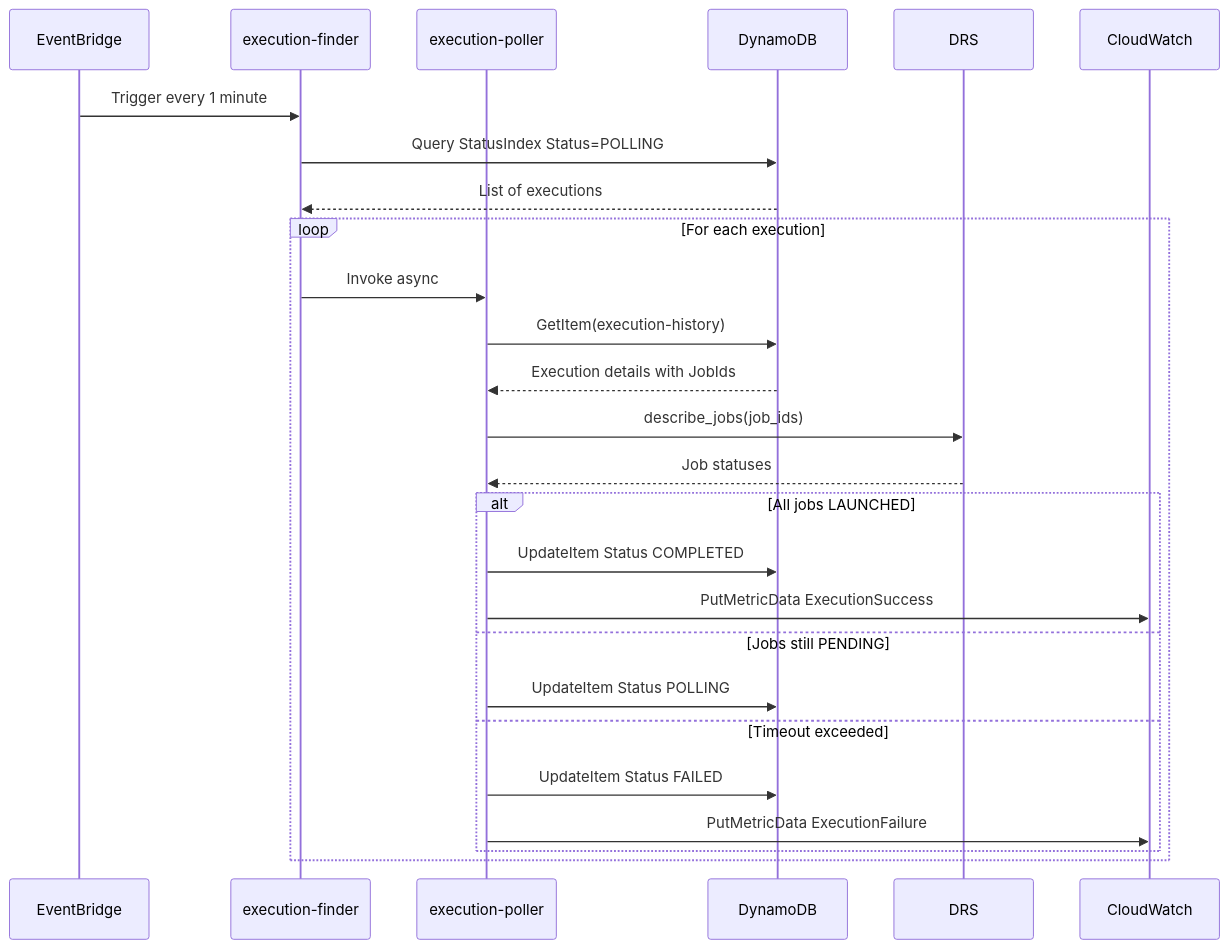
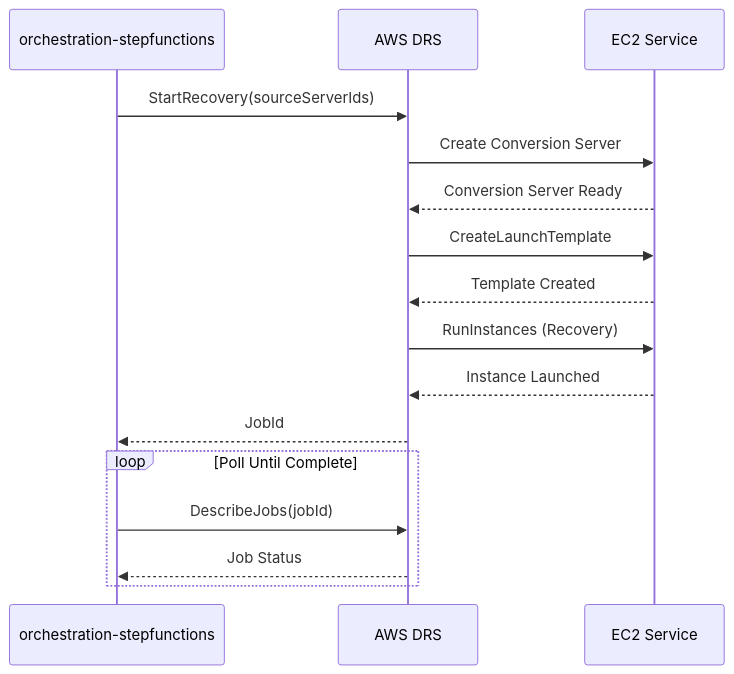
One commit to johnjcousens/aws-elasticdrs-orchestrator changed the sixth of 12 diagrams in docs/architecture/ARCHITECTURE_DIAGRAMS.md. Above: the diagram before and after it, drawn with Mermaid. The commit also changed other lines of this file and 16 other files, not shown here.

````diff
--- a/docs/architecture/ARCHITECTURE_DIAGRAMS.md
+++ b/docs/architecture/ARCHITECTURE_DIAGRAMS.md
@@ -265,34 +273,20 @@
 ```mermaid
 sequenceDiagram
-    participant EventBridge
-    participant Finder as execution-finder
-    participant Poller as execution-poller
-    participant DynamoDB
-    participant DRS
-    participant CloudWatch
-
-    EventBridge->>Finder: Trigger every 1 minute
-
-    Finder->>DynamoDB: Query StatusIndex Status=POLLING
-    DynamoDB-->>Finder: List of executions
-
-    loop For each execution
-        Finder->>Poller: Invoke async
-
-        Poller->>DynamoDB: GetItem(execution-history)
-        DynamoDB-->>Poller: Execution details with JobIds
-
-        Poller->>DRS: describe_jobs(job_ids)
-        DRS-->>Poller: Job statuses
-
-        alt All jobs LAUNCHED
-            Poller->>DynamoDB: UpdateItem Status COMPLETED
-            Poller->>CloudWatch: PutMetricData ExecutionSuccess
-        else Jobs still PENDING
-            Poller->>DynamoDB: UpdateItem Status POLLING
-        else Timeout exceeded
-            Poller->>DynamoDB: UpdateItem Status FAILED
-            Poller->>CloudWatch: PutMetricData ExecutionFailure
-        end
+    participant Lambda as orchestration-stepfunctions
+    participant DRS as AWS DRS
+    participant EC2 as EC2 Service
+    
+    Lambda->>DRS: StartRecovery(sourceServerIds)
+    DRS->>EC2: Create Conversion Server
+    EC2-->>DRS: Conversion Server Ready
+    DRS->>EC2: CreateLaunchTemplate
+    EC2-->>DRS: Template Created
+    DRS->>EC2: RunInstances (Recovery)
+    EC2-->>DRS: Instance Launched
+    DRS-->>Lambda: JobId
+    
+    loop Poll Until Complete
+        Lambda->>DRS: DescribeJobs(jobId)
+        DRS-->>Lambda: Job Status
     end
 ```
````
